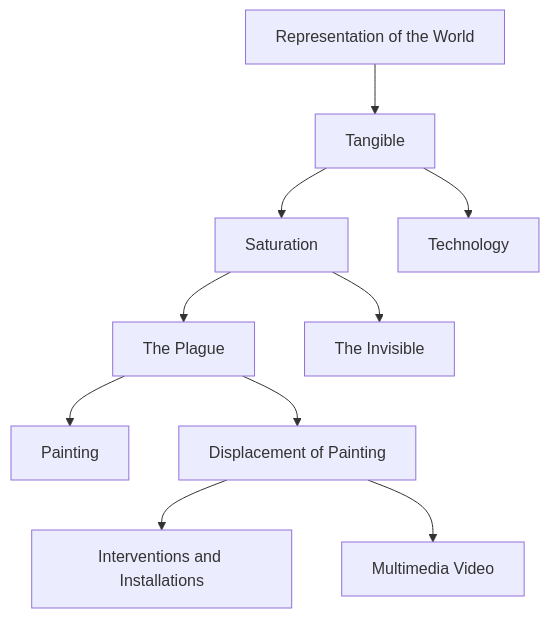
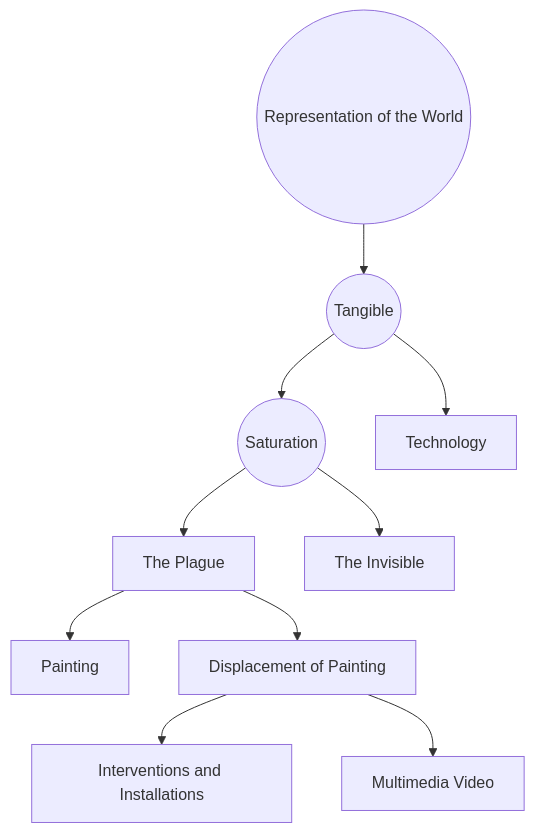
Before and after one commit to EGGS-Artesvisuales/EGGS-Artesvisuales.github.io: the diagram in EN/saturation.md, drawn with Mermaid. The commit also changed 16 other files, not shown here.

Commit message:
Fix existing Mermaid links

```diff
--- a/EN/saturation.md
+++ b/EN/saturation.md
@@ -27,27 +27,27 @@
 <div class="mermaid">
 graph TD
-  RM[Representation of the World]
-  LT[Tangible]
-  LS[Saturation]
+  RM((Representation of the World))
+  LT((Tangible))
+  LS((Saturation))
   LTec[Technology]
   LP[The Plague]
   LI[The Invisible]
   P[Painting]
   DP[Displacement of Painting]
   DPI[Interventions and Installations]
   DPV[Multimedia Video]
 
   RM --> LT
   LT --> LS
   LT --> LTec
   LS --> LP
   LS --> LI
   LP --> P
   LP --> DP
   DP --> DPI
   DP --> DPV
 
-  click LS "/en/saturacion.html" "Go to Saturation"
+  click LS "/EN/saturation.html" "Go to Saturation"
   click LP "/EN/under-construction.html" "Go to The Plague"
   click LI "/EN/under-construction.html" "Go to The Invisible"
 </div>
```
